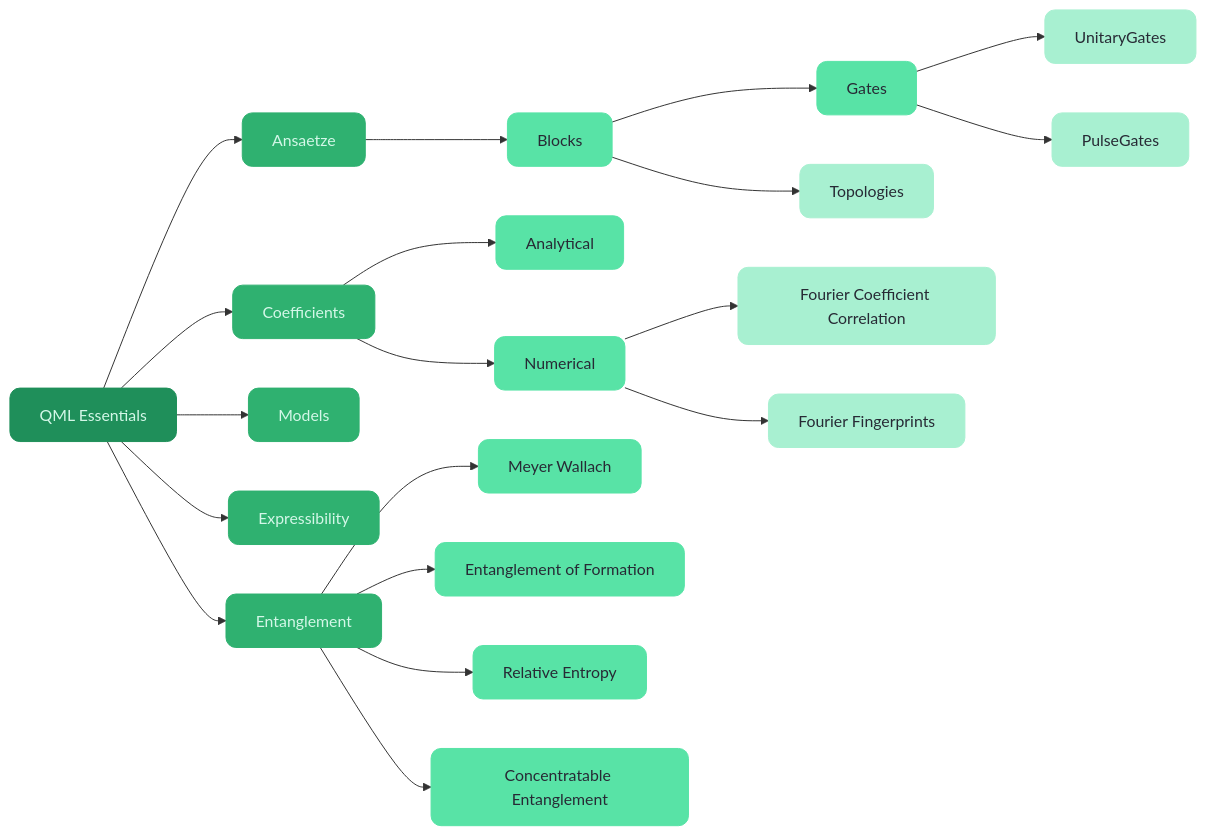
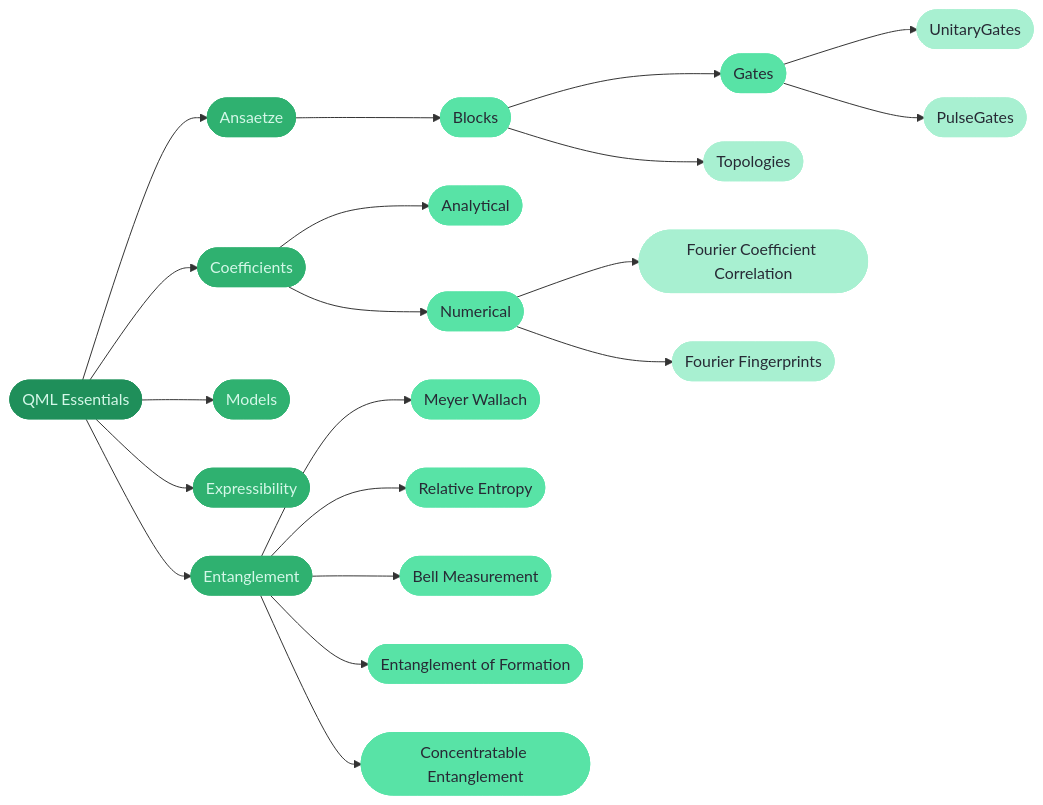
One commit to cirKITers/qml-essentials changed the diagram in README.md. Above: the diagram before and after it, drawn with Mermaid.

Commit message:
added bell and pills instead

````diff
--- a/README.md
+++ b/README.md
@@ -40,32 +40,33 @@
 ```mermaid
 flowchart LR
-    qmless[QML Essentials]
-    qmless --> qmless.ansaetze[Ansaetze]
-    qmless.ansaetze[Ansaetze] --> qmless.blocks[Blocks]
-    qmless.blocks[Blocks] --> qmless.gates[Gates]
-    qmless.blocks[Blocks] --> qmless.topo[Topologies]
-    qmless.gates[Gates] --> qmless.unitary[UnitaryGates]
-    qmless.gates[Gates] --> qmless.pulse[PulseGates]
-    qmless --> qmless.coefficients[Coefficients]
-    qmless.coefficients[Coefficients] --> qmless.analytical[Analytical]
-    qmless.coefficients[Coefficients] --> qmless.numerical[Numerical]
-    qmless.numerical[Numerical] --> qmless.fcc[Fourier Coefficient Correlation]
-    qmless.numerical[Numerical] --> qmless.fingerprint[Fourier Fingerprints]
-    qmless --> qmless.models[Models]
-    qmless --> qmless.expr[Expressibility]
-    qmless --> qmless.ent[Entanglement]
-    qmless.ent[Entanglement] --> qmless.mw[Meyer Wallach]
-    qmless.ent[Entanglement] --> qmless.ef[Entanglement of Formation]
-    qmless.ent[Entanglement] --> qmless.re[Relative Entropy]
-    qmless.ent[Entanglement] --> qmless.ce[Concentratable Entanglement]
+    qmless([QML Essentials])
+    qmless --> qmless.ansaetze([Ansaetze])
+    qmless.ansaetze --> qmless.blocks([Blocks])
+    qmless.blocks --> qmless.gates([Gates])
+    qmless.blocks --> qmless.topo([Topologies])
+    qmless.gates --> qmless.unitary([UnitaryGates])
+    qmless.gates --> qmless.pulse([PulseGates])
+    qmless --> qmless.coefficients([Coefficients])
+    qmless.coefficients --> qmless.analytical([Analytical])
+    qmless.coefficients --> qmless.numerical([Numerical])
+    qmless.numerical --> qmless.fcc([Fourier Coefficient Correlation])
+    qmless.numerical --> qmless.fingerprint([Fourier Fingerprints])
+    qmless --> qmless.models([Models])
+    qmless --> qmless.expr([Expressibility])
+    qmless --> qmless.ent([Entanglement])
+    qmless.ent --> qmless.mw([Meyer Wallach])
+    qmless.ent --> qmless.re([Relative Entropy])
+    qmless.ent --> qmless.bell([Bell Measurement])
+    qmless.ent --> qmless.ef([Entanglement of Formation])
+    qmless.ent --> qmless.ce([Concentratable Entanglement])
 
-    classDef l1 fill:#1f8f5a,stroke:#1f8f5a,color:#d4f7e8,rx:10,ry:10
-    classDef l2 fill:#2fb170,stroke:#2fb170,color:#d4f7e8,rx:10,ry:10
-    classDef l3 fill:#58e3a6,stroke:#58e3a6,color:#272a35,rx:10,ry:10
-    classDef l4 fill:#a8f0d1,stroke:#a8f0d1,color:#272a35,rx:10,ry:10
+    classDef l1 fill:#1f8f5a,stroke:#1f8f5a,color:#d4f7e8
+    classDef l2 fill:#2fb170,stroke:#2fb170,color:#d4f7e8
+    classDef l3 fill:#58e3a6,stroke:#58e3a6,color:#272a35
+    classDef l4 fill:#a8f0d1,stroke:#a8f0d1,color:#272a35
 
     class qmless l1
     class qmless.ansaetze,qmless.coefficients,qmless.models,qmless.expr,qmless.ent l2
-    class qmless.blocks,qmless.gates,qmless.numerical,qmless.analytical,qmless.mw,qmless.ef,qmless.re,qmless.ce l3
+    class qmless.blocks,qmless.gates,qmless.numerical,qmless.analytical,qmless.mw,qmless.bell,qmless.ef,qmless.re,qmless.ce l3
     class qmless.unitary,qmless.pulse,qmless.topo,qmless.fcc,qmless.fingerprint l4
 ```
````
